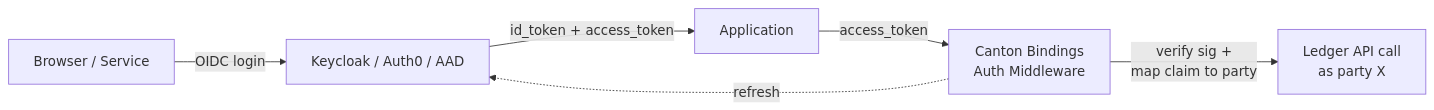
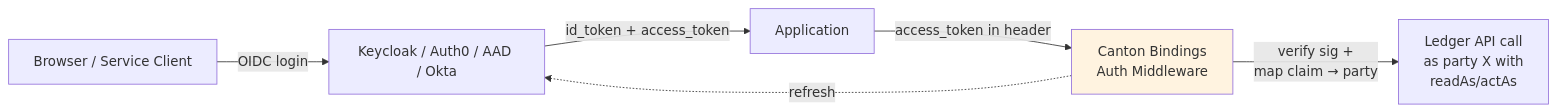
Before and after one commit to jatinsahijwani/canton-bindings: the fourth of 6 diagrams in README.md, drawn with Mermaid. The commit also changed other lines of this file, not shown here.

First line of the commit message:
Revise README for Canton Bindings project

````diff
--- a/README.md
+++ b/README.md
@@ -108,8 +161,10 @@
 ```mermaid
 flowchart LR
-    User[Browser / Service] -->|"OIDC login"| IdP[Keycloak / Auth0 / AAD]
+    User[Browser / Service Client] -->|"OIDC login"| IdP[Keycloak / Auth0 / AAD / Okta]
     IdP -->|"id_token + access_token"| App[Application]
-    App -->|"access_token"| Mw["Canton Bindings\nAuth Middleware"]
-    Mw -->|"verify sig +\nmap claim to party"| LedgerCall["Ledger API call\nas party X"]
+    App -->|"access_token in header"| Mw["Canton Bindings<br/>Auth Middleware"]
+    Mw -->|"verify sig +<br/>map claim → party"| LedgerCall["Ledger API call<br/>as party X with<br/>readAs/actAs"]
     Mw -.->|"refresh"| IdP
+
+    style Mw fill:#fff3e0
 ```
````
